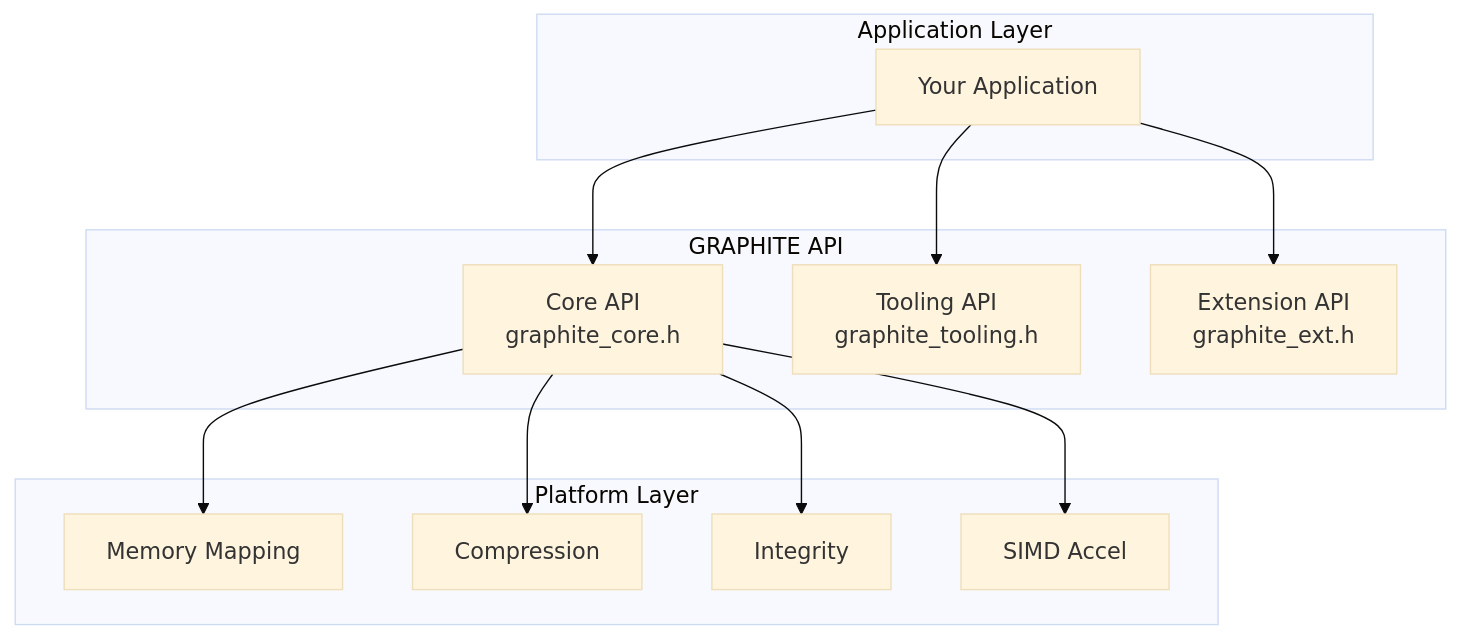
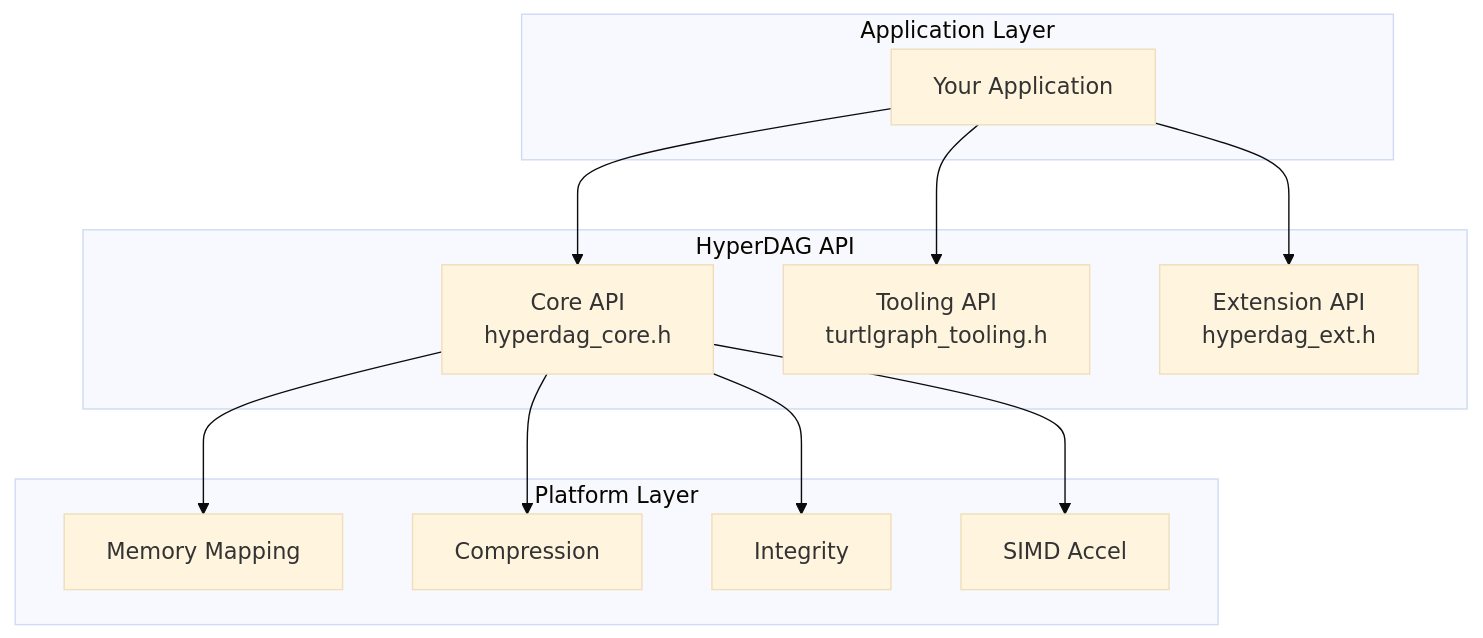
One commit to turtlgraph/docs changed the eighth of 9 diagrams in volumes/volume-1-foundation/part-2-data-runtime.md. Above: the diagram before and after it, drawn with Mermaid (base theme). The commit also changed other lines of this file and 10 other files, not shown here.

First line of the commit message:
docs: Replace all GRAPHITE references with TurtlGraph/HyperDAG

````diff
--- a/volumes/volume-1-foundation/part-2-data-runtime.md
+++ b/volumes/volume-1-foundation/part-2-data-runtime.md
@@ -1704,27 +1704,27 @@
 ```mermaid
 graph TB
     subgraph "Application Layer"
         APP[Your Application]
     end
     
-    subgraph "GRAPHITE API"
-        CORE[Core API<br/>graphite_core.h]
-        TOOL[Tooling API<br/>graphite_tooling.h]
-        EXT[Extension API<br/>graphite_ext.h]
+    subgraph "HyperDAG API"
+        CORE[Core API<br/>hyperdag_core.h]
+        TOOL[Tooling API<br/>turtlgraph_tooling.h]
+        EXT[Extension API<br/>hyperdag_ext.h]
     end
     
     subgraph "Platform Layer"
         MMAP[Memory Mapping]
         ZSTD[Compression]
         BLAKE[Integrity]
         SIMD[SIMD Accel]
     end
     
     APP --> CORE
     APP --> TOOL
     APP --> EXT
     CORE --> MMAP
     CORE --> ZSTD
     CORE --> BLAKE
     CORE --> SIMD
 ```
````
